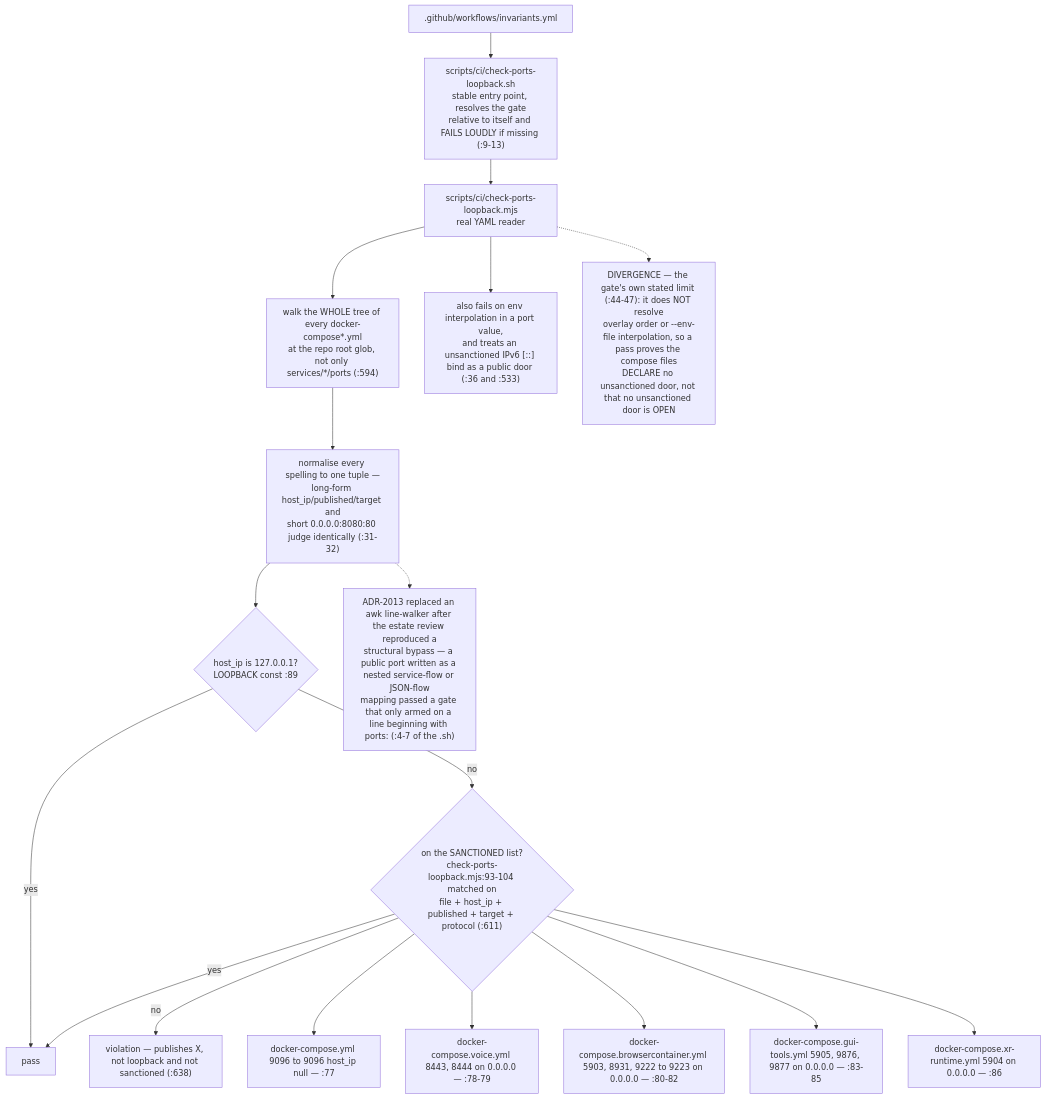
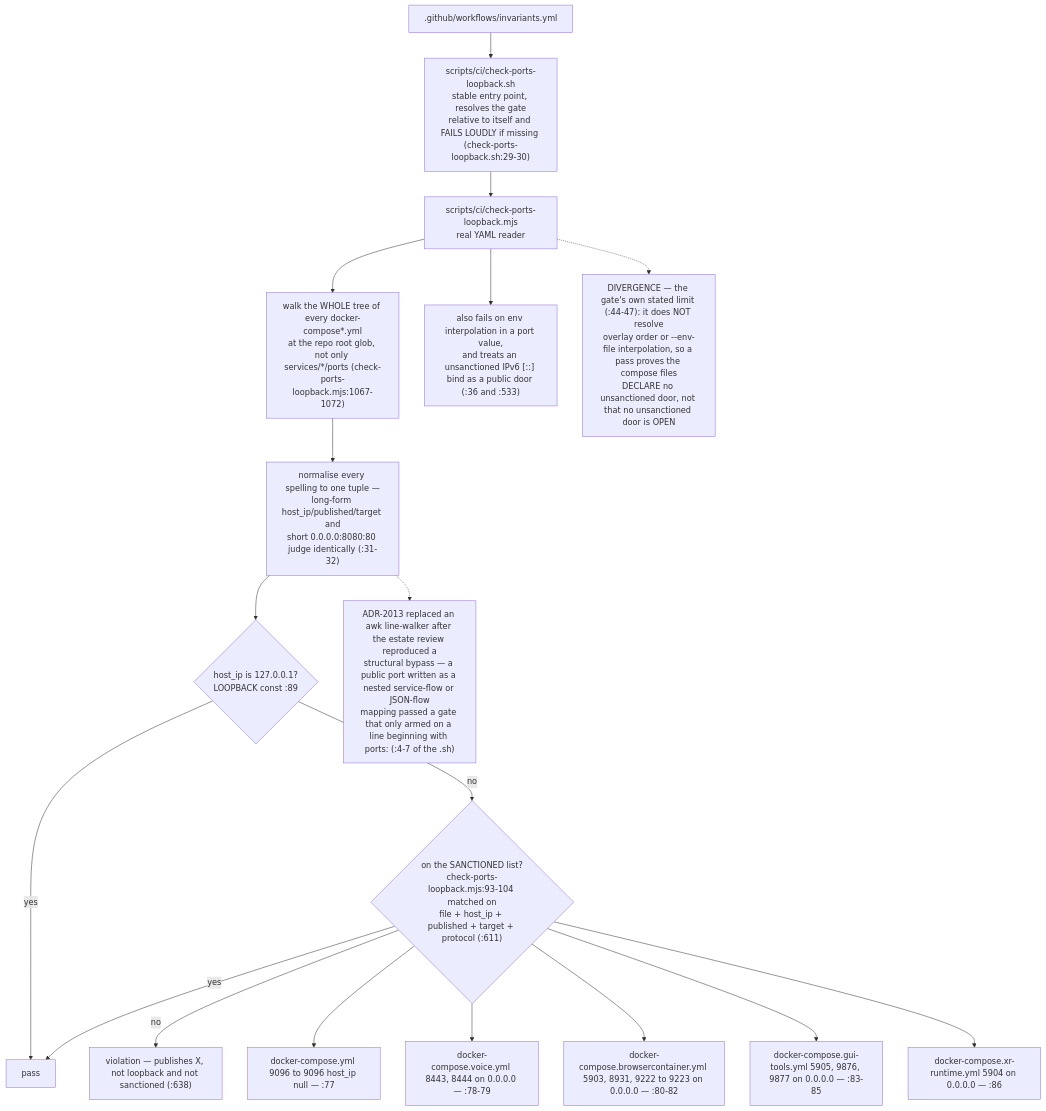
Before and after one commit to DreamLab-AI/VisionFlow: the second of 9 diagrams in docs/diagrams/agentbox/06-sidecars-and-compose-overlays.md, drawn with Mermaid. The commit also changed other lines of this file and 52 other files, not shown here.

First line of the commit message:
docs(diagrams): wave 3 checkpoint — bare line refs resolved, revision-pinned cite-check, VC-05/AB-01..13 re-attested

````diff
--- a/docs/diagrams/agentbox/06-sidecars-and-compose-overlays.md
+++ b/docs/diagrams/agentbox/06-sidecars-and-compose-overlays.md
@@ -86,20 +82,20 @@
 ```mermaid
 flowchart TD
-    CI[".github/workflows/invariants.yml"] --> W["scripts/ci/check-ports-loopback.sh<br/>stable entry point, resolves the gate<br/>relative to itself and FAILS LOUDLY if missing (:9-13)"]
+    CI[".github/workflows/invariants.yml"] --> W["scripts/ci/check-ports-loopback.sh<br/>stable entry point, resolves the gate<br/>relative to itself and FAILS LOUDLY if missing (check-ports-loopback.sh:29-30)"]
     W --> G["scripts/ci/check-ports-loopback.mjs<br/>real YAML reader"]
-    G --> WALK["walk the WHOLE tree of every docker-compose*.yml<br/>at the repo root glob, not only services/*/ports (:594)"]
+    G --> WALK["walk the WHOLE tree of every docker-compose*.yml<br/>at the repo root glob, not only services/*/ports (check-ports-loopback.mjs:1067-1072)"]
     WALK --> NORM["normalise every spelling to one tuple —<br/>long-form host_ip/published/target and<br/>short 0.0.0.0:8080:80 judge identically (:31-32)"]
     NORM --> J{"host_ip is 127.0.0.1?<br/>LOOPBACK const :89"}
     J -->|yes| PASS["pass"]
     J -->|no| S{"on the SANCTIONED list?<br/>check-ports-loopback.mjs:93-104 matched on<br/>file + host_ip + published + target + protocol (:611)"}
     S -->|yes| PASS
     S -->|no| FAIL["violation — publishes X, not loopback and not sanctioned (:638)"]
     S --> L1["docker-compose.yml 9096 to 9096 host_ip null — :77"]
     S --> L2["docker-compose.voice.yml 8443, 8444 on 0.0.0.0 — :78-79"]
     S --> L3["docker-compose.browsercontainer.yml 5903, 8931, 9222 to 9223 on 0.0.0.0 — :80-82"]
     S --> L4["docker-compose.gui-tools.yml 5905, 9876, 9877 on 0.0.0.0 — :83-85"]
     S --> L5["docker-compose.xr-runtime.yml 5904 on 0.0.0.0 — :86"]
     G --> ALSO["also fails on env interpolation in a port value,<br/>and treats an unsanctioned IPv6 [::] bind as a public door (:36 and :533)"]
     G -.-> LIM["DIVERGENCE — the gate's own stated limit (:44-47): it does NOT resolve<br/>overlay order or --env-file interpolation, so a pass proves the compose files<br/>DECLARE no unsanctioned door, not that no unsanctioned door is OPEN"]
     NORM -.-> HIST["ADR-2013 replaced an awk line-walker after the estate review reproduced a<br/>structural bypass — a public port written as a nested service-flow or JSON-flow<br/>mapping passed a gate that only armed on a line beginning with ports: (:4-7 of the .sh)"]
 ```
````
